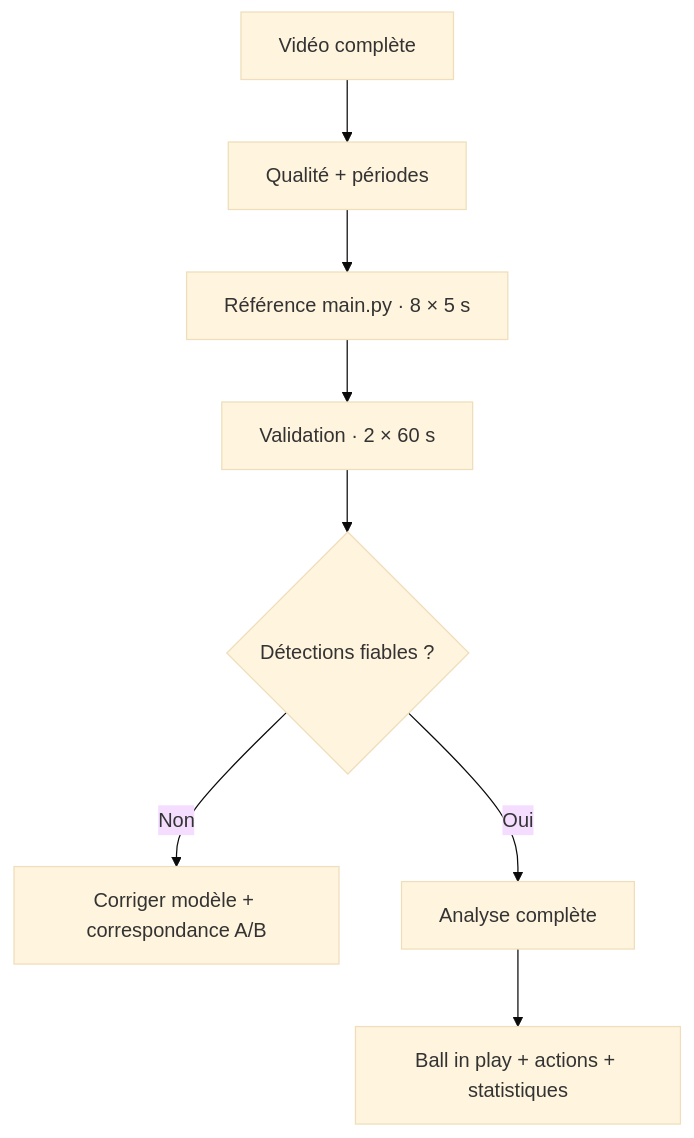
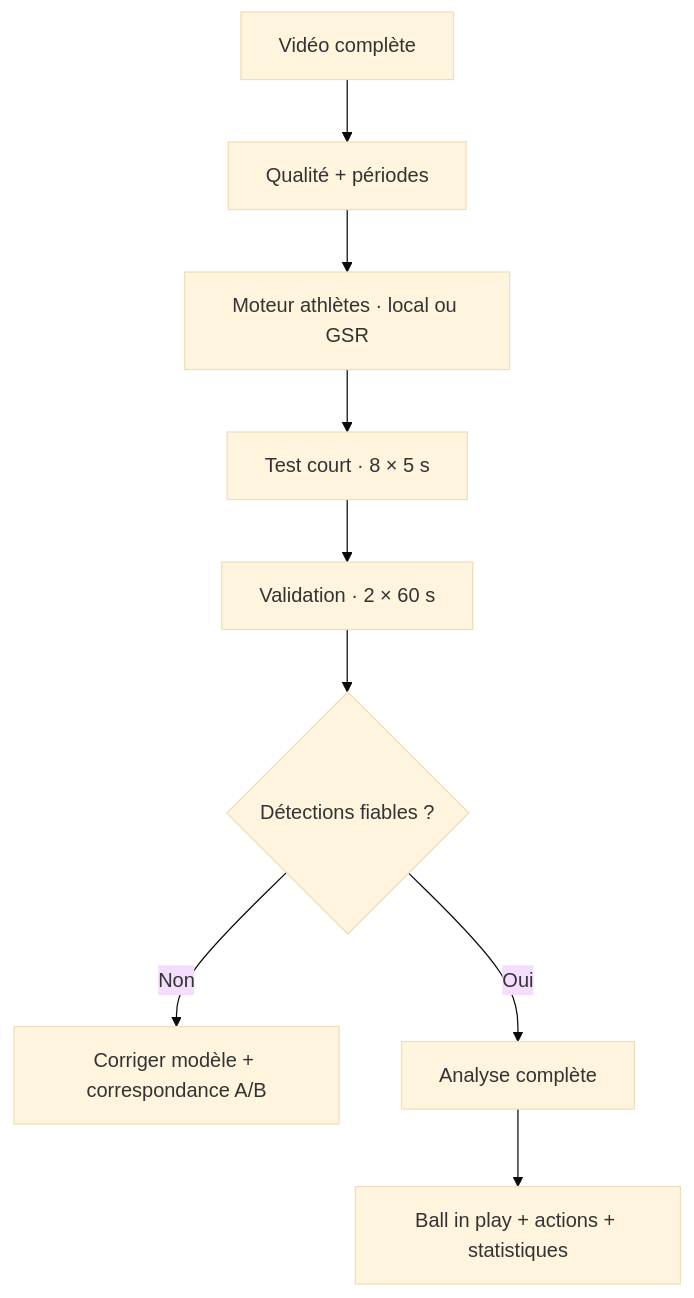
The diagram in README.md (hammouda93/football-tracking), drawn with Mermaid (base theme) before and after one commit. The commit also changed other lines of this file and 23 other files, not shown here.

````diff
--- a/README.md
+++ b/README.md
@@ -30,10 +34,11 @@
 ```mermaid
 flowchart TD
     A["Vidéo complète"] --> B["Qualité + périodes"]
-    B --> C["Référence main.py · 8 × 5 s"]
-    C --> D["Validation · 2 × 60 s"]
+    B --> C["Moteur athlètes · local ou GSR"]
+    C --> I["Test court · 8 × 5 s"]
+    I --> D["Validation · 2 × 60 s"]
     D --> E{"Détections fiables ?"}
     E -->|Non| F["Corriger modèle + correspondance A/B"]
     E -->|Oui| G["Analyse complète"]
     G --> H["Ball in play + actions + statistiques"]
 ```
````
